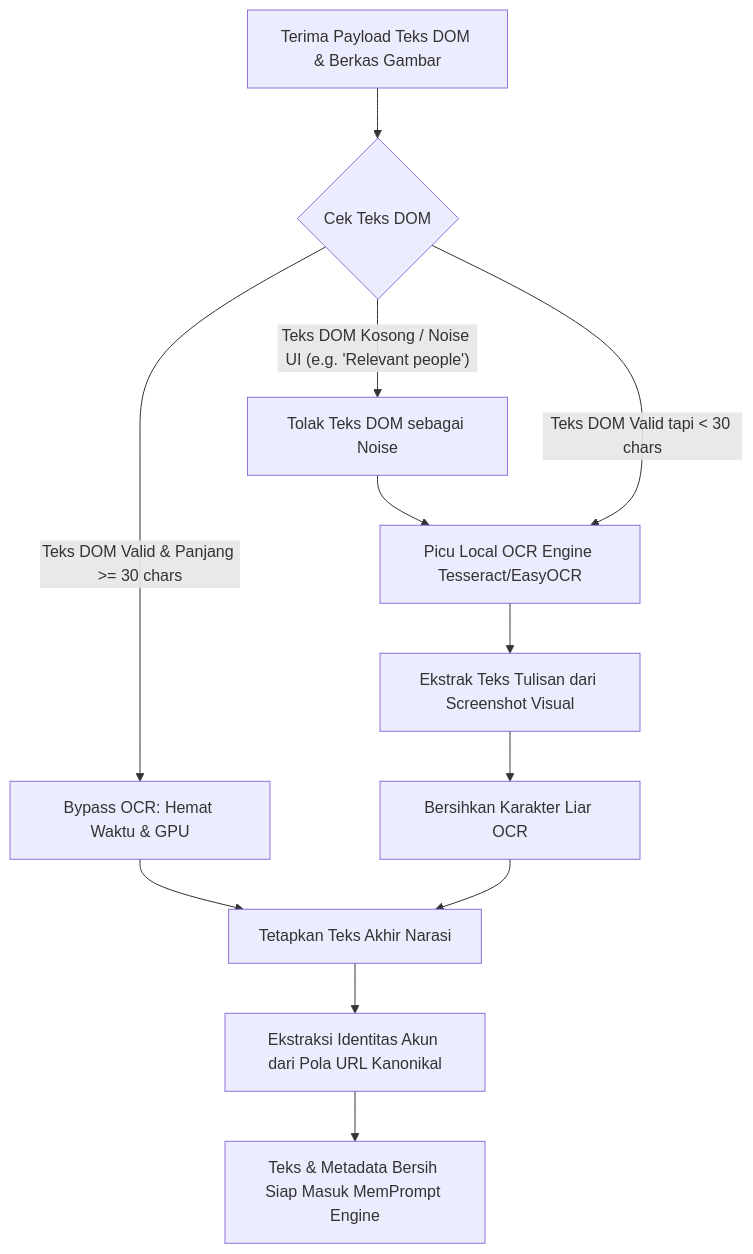
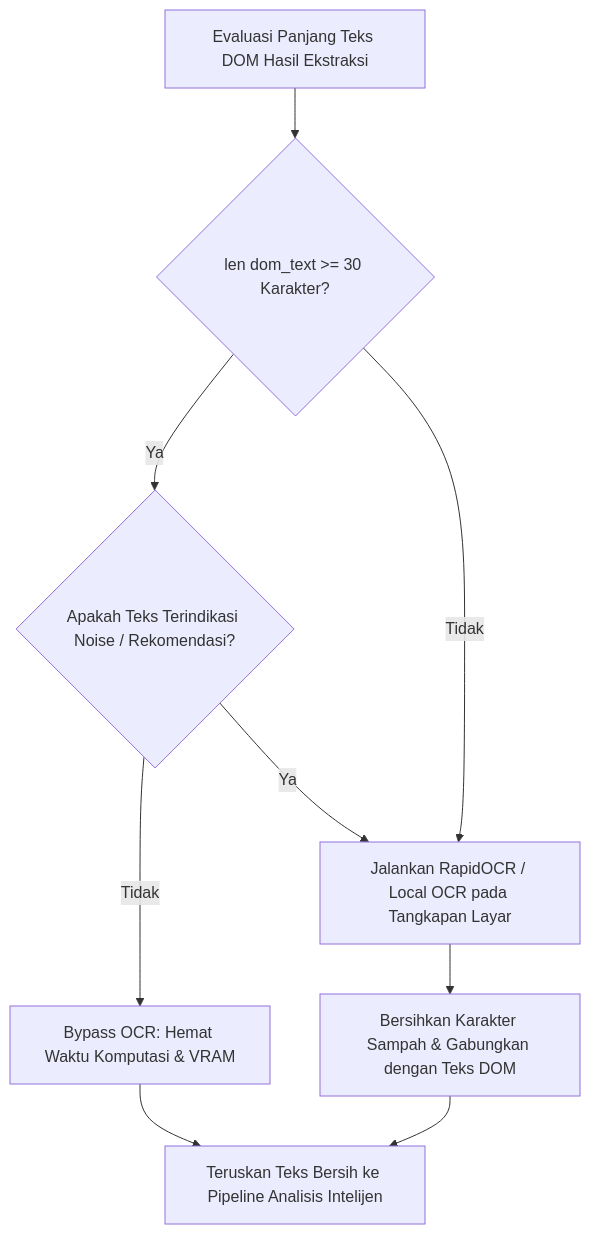
The sixth of 13 diagrams in SYSTEM_PRD_AND_ARCHITECTURE.md (Hihanghohengg/cyber-patroli-assistant), drawn with Mermaid before and after one commit. The commit also changed other lines of this file, not shown here.

Commit message:
docs(prd-arch): update SYSTEM_PRD_AND_ARCHITECTURE.md to v5.2 reflecting unified cockpit, automated HITL, and anti-slop standard

````diff
--- a/SYSTEM_PRD_AND_ARCHITECTURE.md
+++ b/SYSTEM_PRD_AND_ARCHITECTURE.md
@@ -331,19 +284,11 @@
 ```mermaid
 flowchart TD
-    A[Terima Payload Teks DOM & Berkas Gambar] --> B{Cek Teks DOM}
-    
-    B -- Teks DOM Kosong / Noise UI (e.g. 'Relevant people') --> C[Tolak Teks DOM sebagai Noise]
-    B -- Teks DOM Valid & Panjang >= 30 chars --> D[Bypass OCR: Hemat Waktu & GPU]
-    
-    C --> E[Picu Local OCR Engine Tesseract/EasyOCR]
-    B -- Teks DOM Valid tapi < 30 chars --> E
-    
-    E --> F[Ekstrak Teks Tulisan dari Screenshot Visual]
-    F --> G[Bersihkan Karakter Liar OCR]
-    
-    D --> H[Tetapkan Teks Akhir Narasi]
-    G --> H
-    
-    H --> I[Ekstraksi Identitas Akun dari Pola URL Kanonikal]
-    I --> J[Teks & Metadata Bersih Siap Masuk MemPrompt Engine]
+    A[Evaluasi Panjang Teks DOM Hasil Ekstraksi] --> B{len dom_text >= 30 Karakter?}
+    B -- Ya --> C{Apakah Teks Terindikasi Noise / Rekomendasi?}
+    C -- Tidak --> D[Bypass OCR: Hemat Waktu Komputasi & VRAM]
+    C -- Ya --> E[Jalankan RapidOCR / Local OCR pada Tangkapan Layar]
+    B -- Tidak --> E
+    E --> F[Bersihkan Karakter Sampah & Gabungkan dengan Teks DOM]
+    F --> G[Teruskan Teks Bersih ke Pipeline Analisis Intelijen]
+    D --> G
 ```
````
